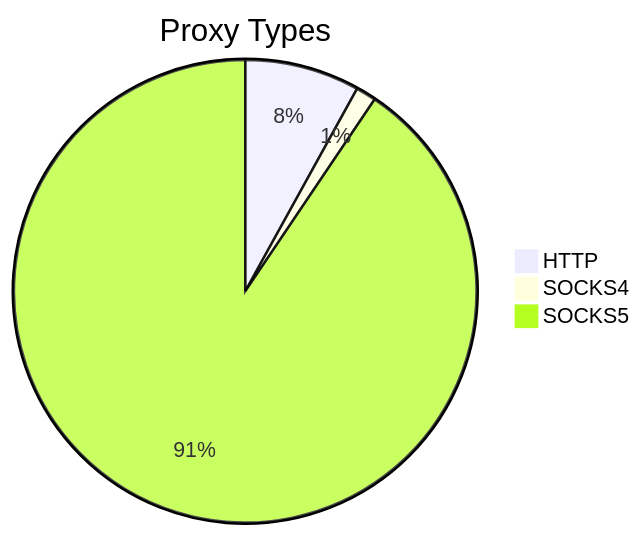
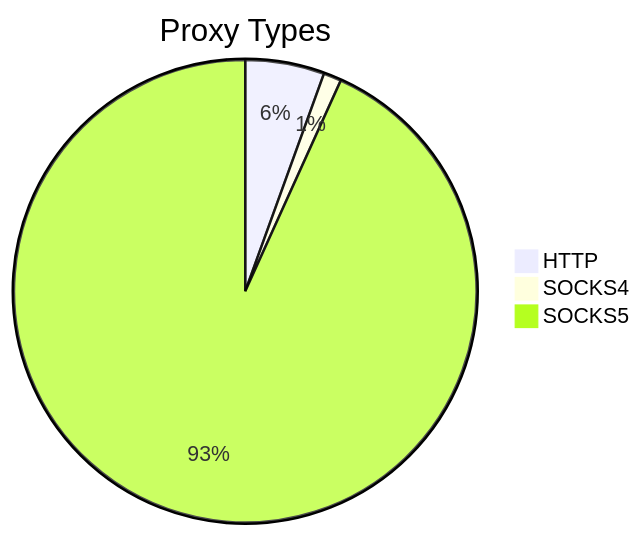
One commit to stormsia/proxy-list changed the first of 2 diagrams in README.md. Above: the diagram before and after it, drawn with Mermaid. The commit also changed other lines of this file, not shown here.

````diff
--- a/README.md
+++ b/README.md
@@ -21,6 +21,6 @@
 ```mermaid
 pie title Proxy Types
-    "HTTP" : 216
-    "SOCKS4" : 38
-    "SOCKS5" : 2437
+    "HTTP" : 155
+    "SOCKS4" : 35
+    "SOCKS5" : 2616
 ```
````
